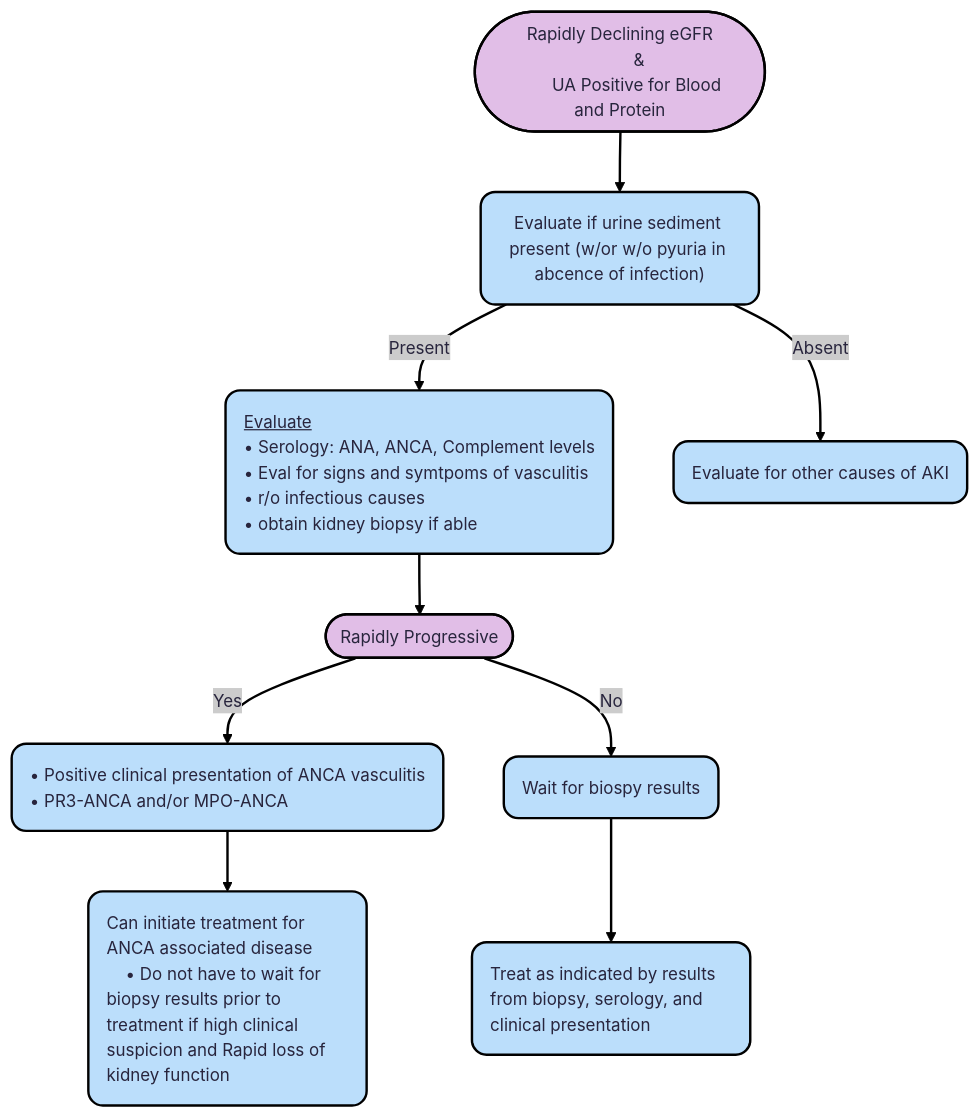
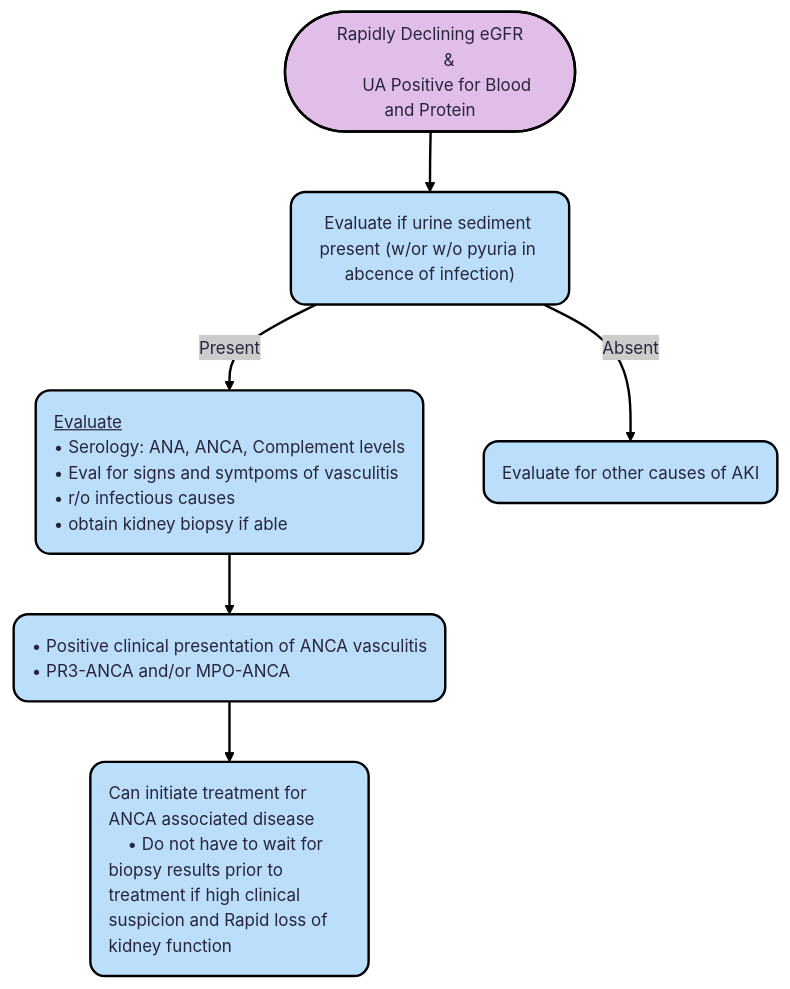
One commit to TTUNEPH2025/GN changed the first of 2 diagrams in docs/ANCA.md. Above: the diagram before and after it, drawn with Mermaid. The commit also changed other lines of this file, not shown here.

````diff
--- a/docs/ANCA.md
+++ b/docs/ANCA.md
@@ -116,39 +116,32 @@
 ```mermaid
 ---
 config:
   theme: redux
 ---
-flowchart TD
+flowchart TB
     A(["Rapidly Declining eGFR
         &
         UA Positive for Blood and Protein"]) --> n1["Evaluate if urine sediment present (w/or w/o pyuria in abcence of infection)"]
     n1 -- Present --> n2["<ins>Evaluate</ins>
     • Serology: ANA, ANCA, Complement levels
     • Eval for signs and symtpoms of vasculitis
     • r/o infectious causes
     • obtain kidney biopsy if able"]
     n1 -- Absent --> n3["Evaluate for other causes of AKI"]
-    n2 --> n4(["Rapidly Progressive"])
-    n4 -- Yes --> n5["• Positive clinical presentation of ANCA vasculitis
-    • PR3-ANCA and/or MPO-ANCA"]
-    n4 -- No --> n6["Wait for biospy results"]
-    n5 --> n7["Can initiate treatment for ANCA associated disease
+    n5["• Positive clinical presentation of ANCA vasculitis
+    • PR3-ANCA and/or MPO-ANCA"] --> n7["Can initiate treatment for ANCA associated disease
     • Do not have to wait for biopsy results prior to treatment if high clinical suspicion and Rapid loss of kidney function"]
-    n6 --> n8["Treat as indicated by results from biopsy, serology, and clinical presentation"]
+    n2 --> n5
+
     n1@{ shape: rounded}
     n2@{ shape: rounded}
     n3@{ shape: rounded}
     n5@{ shape: rounded}
-    n6@{ shape: rounded}
     n7@{ shape: rounded}
-    n8@{ shape: rounded}
     style A fill:#E1BEE7,stroke:#000000
     style n1 fill:#BBDEFB,stroke:#000000
     style n2 stroke:#000000,fill:#BBDEFB,text-align:left,white-space:nowrap
     style n3 stroke:#000000,fill:#BBDEFB,text-align:left,white-space:nowrap
-    style n4 fill:#E1BEE7,stroke:#000000
     style n5 fill:#BBDEFB,stroke:#000000,text-align:left,white-space:nowrap
-    style n6 stroke:#000000,fill:#BBDEFB,text-align:left,white-space:nowrap
     style n7 fill:#BBDEFB,stroke:#000000,text-align:left
-    style n8 fill:#BBDEFB,stroke:#000000,text-align:left
 ```
````
